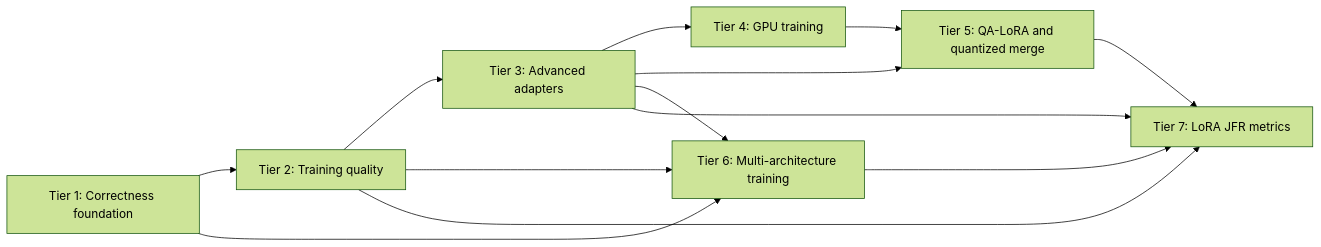
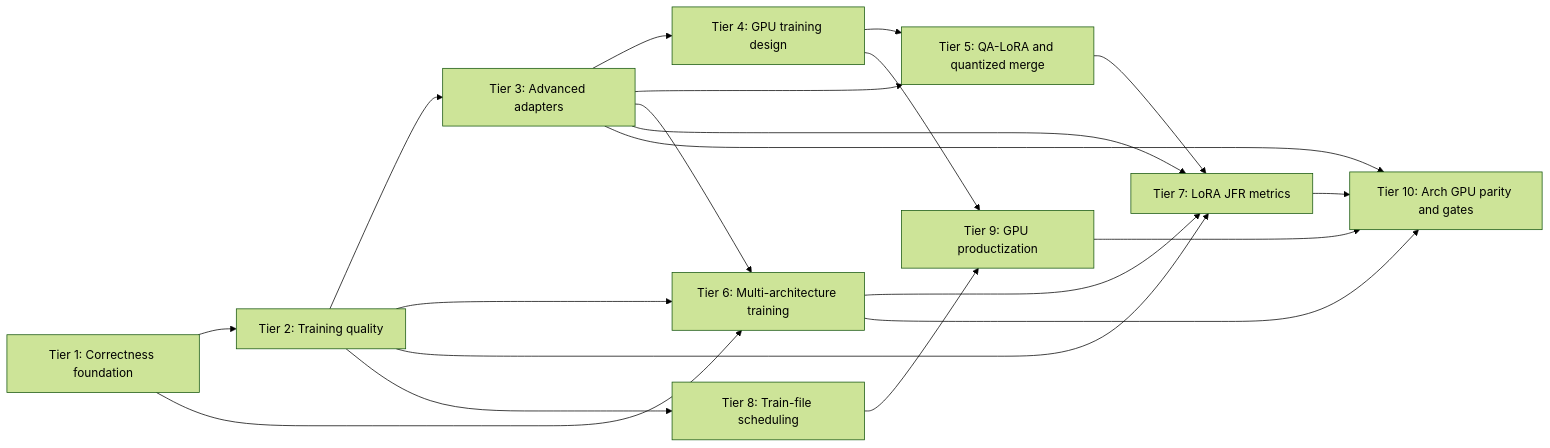
Before and after one commit to ml-cab/juno: the diagram in docs/lora-plan/PLAN-LoRA-ROADMAP.md, drawn with Mermaid (forest theme). The commit also changed other lines of this file and 19 other files, not shown here.

````diff
--- a/docs/lora-plan/PLAN-LoRA-ROADMAP.md
+++ b/docs/lora-plan/PLAN-LoRA-ROADMAP.md
@@ -27,15 +30,22 @@
 ```mermaid
 flowchart LR
     Tier1["Tier 1: Correctness foundation"] --> Tier2["Tier 2: Training quality"]
     Tier2 --> Tier3["Tier 3: Advanced adapters"]
-    Tier3 --> Tier4["Tier 4: GPU training"]
+    Tier3 --> Tier4["Tier 4: GPU training design"]
     Tier3 --> Tier5["Tier 5: QA-LoRA and quantized merge"]
     Tier4 --> Tier5
     Tier1 --> Tier6["Tier 6: Multi-architecture training"]
     Tier2 --> Tier6
     Tier3 --> Tier6
     Tier2 --> Tier7["Tier 7: LoRA JFR metrics"]
     Tier3 --> Tier7
     Tier5 --> Tier7
     Tier6 --> Tier7
+    Tier2 --> Tier8["Tier 8: Train-file scheduling"]
+    Tier4 --> Tier9["Tier 9: GPU productization"]
+    Tier8 --> Tier9
+    Tier6 --> Tier10["Tier 10: Arch GPU parity and gates"]
+    Tier9 --> Tier10
+    Tier3 --> Tier10
+    Tier7 --> Tier10
 ```
````
